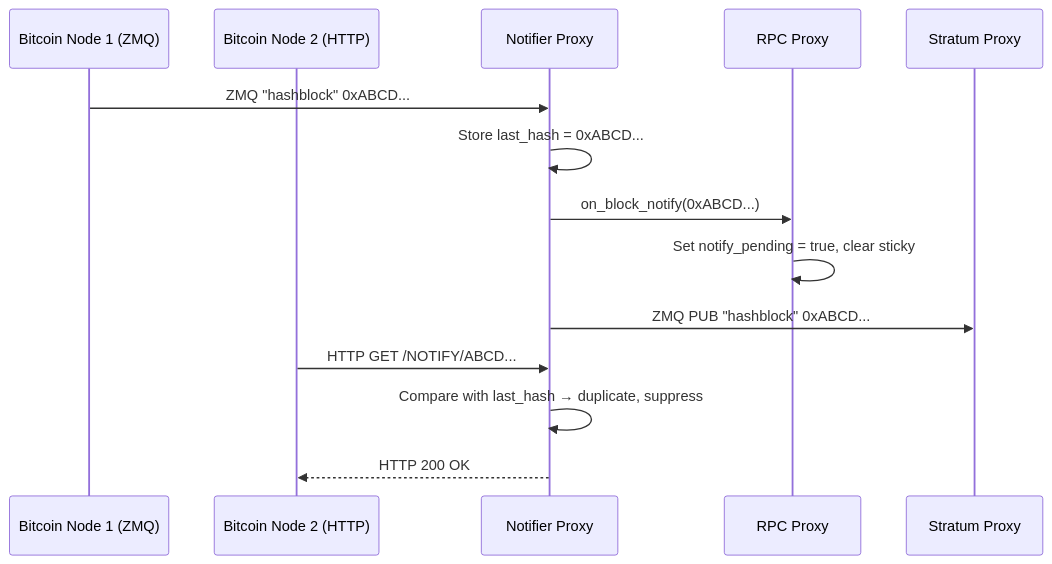
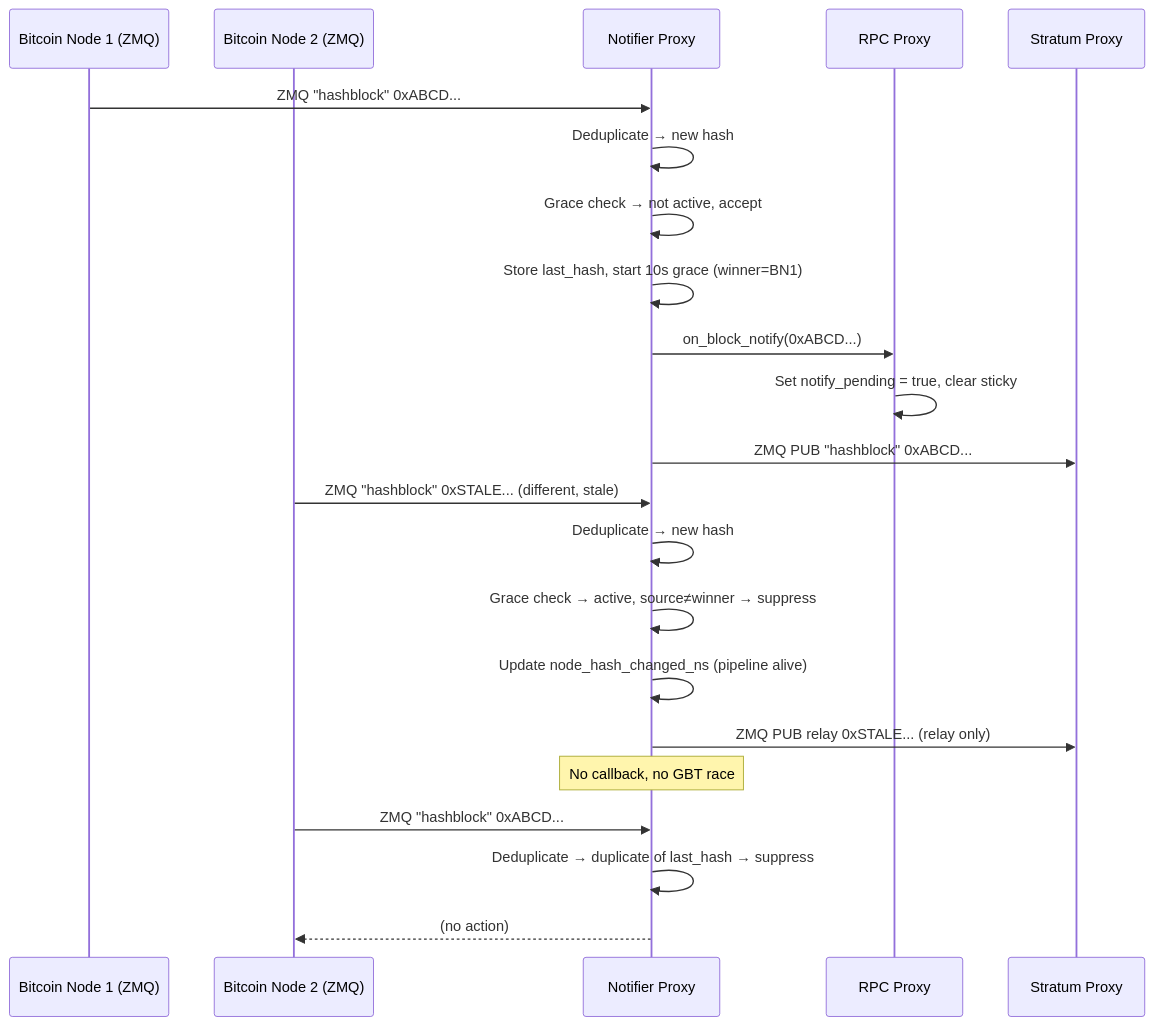
One commit to pdath/rpcracer changed the fifth of 6 diagrams in .kiro/specs/rpcrace/design.md. Above: the diagram before and after it, drawn with Mermaid. The commit also changed other lines of this file and 36 other files, not shown here.

````diff
--- a/.kiro/specs/rpcrace/design.md
+++ b/.kiro/specs/rpcrace/design.md
@@ -384,17 +403,25 @@
 ```mermaid
 sequenceDiagram
     participant BN1 as Bitcoin Node 1 (ZMQ)
-    participant BN2 as Bitcoin Node 2 (HTTP)
+    participant BN2 as Bitcoin Node 2 (ZMQ)
     participant NP as Notifier Proxy
     participant RP as RPC Proxy
     participant SP as Stratum Proxy
 
     BN1->>NP: ZMQ "hashblock" 0xABCD...
-    NP->>NP: Store last_hash = 0xABCD...
+    NP->>NP: Deduplicate → new hash
+    NP->>NP: Grace check → not active, accept
+    NP->>NP: Store last_hash, start 10s grace (winner=BN1)
     NP->>RP: on_block_notify(0xABCD...)
     RP->>RP: Set notify_pending = true, clear sticky
     NP->>SP: ZMQ PUB "hashblock" 0xABCD...
-    BN2->>NP: HTTP GET /NOTIFY/ABCD...
-    NP->>NP: Compare with last_hash → duplicate, suppress
-    NP-->>BN2: HTTP 200 OK
+    BN2->>NP: ZMQ "hashblock" 0xSTALE... (different, stale)
+    NP->>NP: Deduplicate → new hash
+    NP->>NP: Grace check → active, source≠winner → suppress
+    NP->>NP: Update node_hash_changed_ns (pipeline alive)
+    NP->>SP: ZMQ PUB relay 0xSTALE... (relay only)
+    Note over NP: No callback, no GBT race
+    BN2->>NP: ZMQ "hashblock" 0xABCD...
+    NP->>NP: Deduplicate → duplicate of last_hash → suppress
+    NP-->>BN2: (no action)
 ```
````
